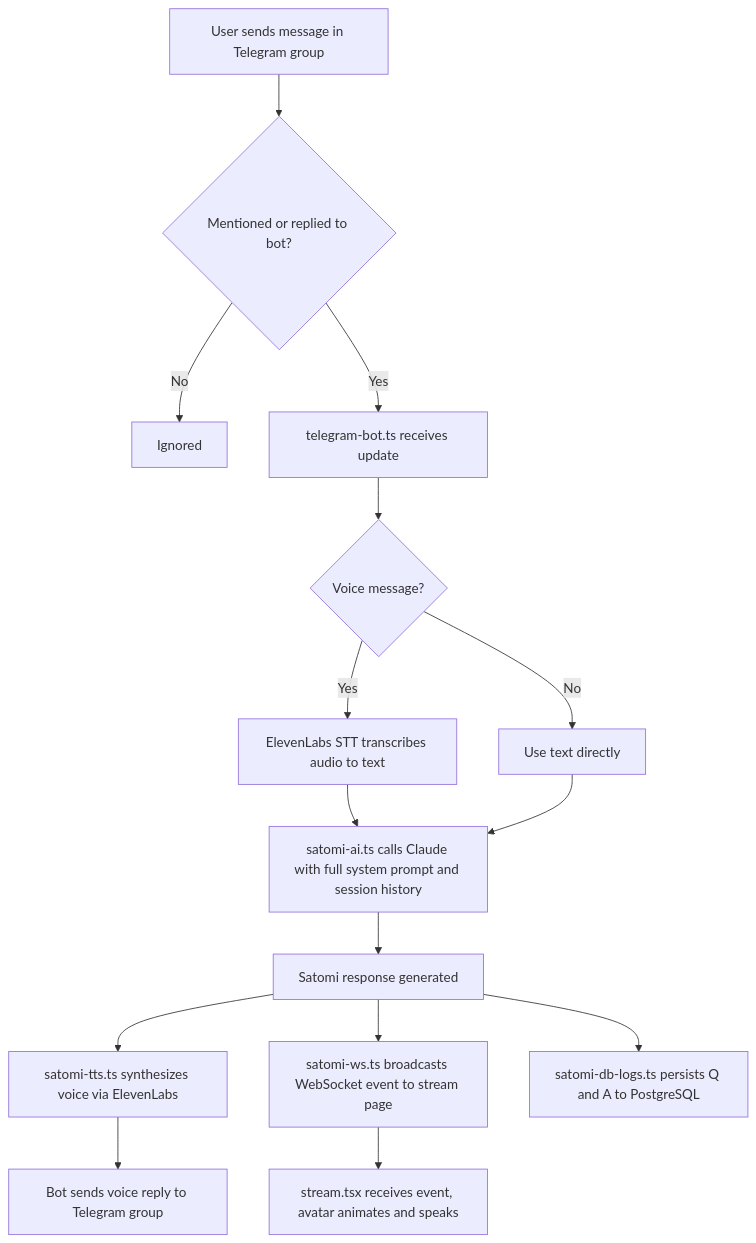
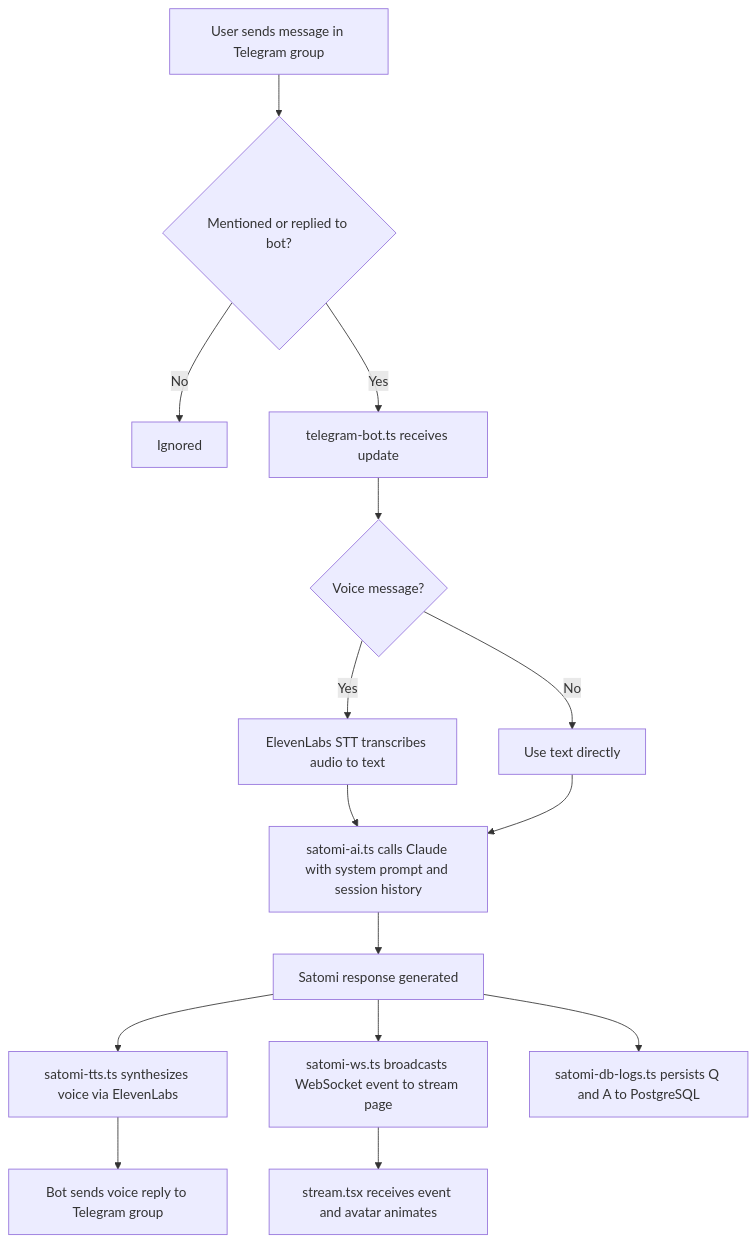
Before and after one commit to satominakamichi/.github: the first of 3 diagrams in profile/README.md, drawn with Mermaid. The commit also changed other lines of this file, not shown here.

Commit message:
fix: mermaid parse error, remove em dashes, developer tone

````diff
--- a/profile/README.md
+++ b/profile/README.md
@@ -31,17 +25,17 @@
   ```mermaid
   flowchart TD
       A[User sends message in Telegram group] --> B{Mentioned or replied to bot?}
       B -- No --> Z[Ignored]
       B -- Yes --> C[telegram-bot.ts receives update]
       C --> D{Voice message?}
       D -- Yes --> E[ElevenLabs STT transcribes audio to text]
       D -- No --> F[Use text directly]
-      E --> G[satomi-ai.ts calls Claude with full system prompt and session history]
+      E --> G[satomi-ai.ts calls Claude with system prompt and session history]
       F --> G
       G --> H[Satomi response generated]
       H --> I[satomi-tts.ts synthesizes voice via ElevenLabs]
       H --> J[satomi-ws.ts broadcasts WebSocket event to stream page]
       H --> K[satomi-db-logs.ts persists Q and A to PostgreSQL]
       I --> L[Bot sends voice reply to Telegram group]
-      J --> M[stream.tsx receives event, avatar animates and speaks]
+      J --> M[stream.tsx receives event and avatar animates]
   ```
````
